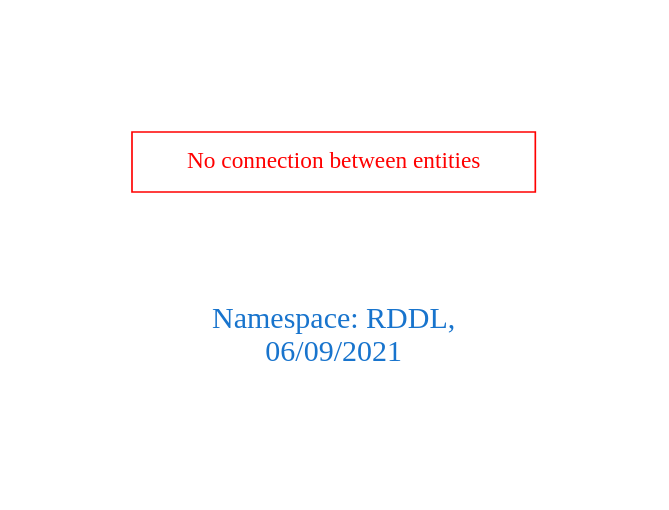
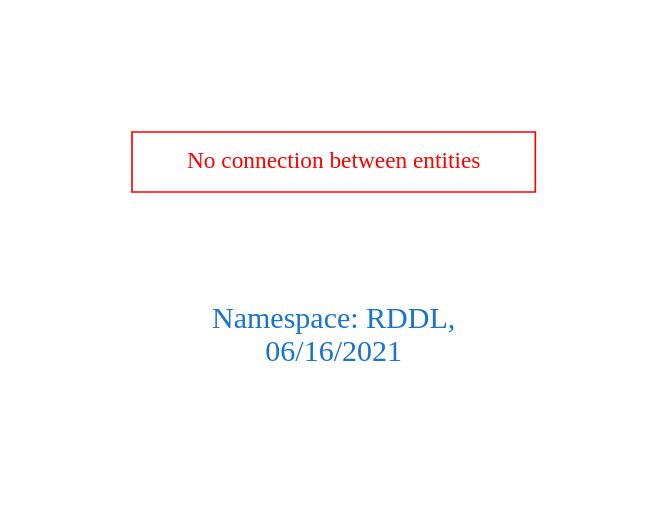
The diagram in downloads/RDDL.dot (arago/OGIT), drawn with Graphviz before and after one commit. The commit also changed 1884 other files, not shown here.

```diff
--- a/downloads/RDDL.dot
+++ b/downloads/RDDL.dot
@@ -1,9 +1,9 @@
 digraph OGIT_ontology {
  graph [ rankdir= LR,pad=1 
 fontsize = 18,
-fontcolor= dodgerblue3,label = "\n\n\nNamespace: RDDL, \n 06/09/2021"];
+fontcolor= dodgerblue3,label = "\n\n\nNamespace: RDDL, \n 06/16/2021"];
 node[shape=polygon];
 edge [  color="gray81"];
 
 "No connection between entities" [fontcolor = "red",color="red", shape="polygon"]
 }
```
